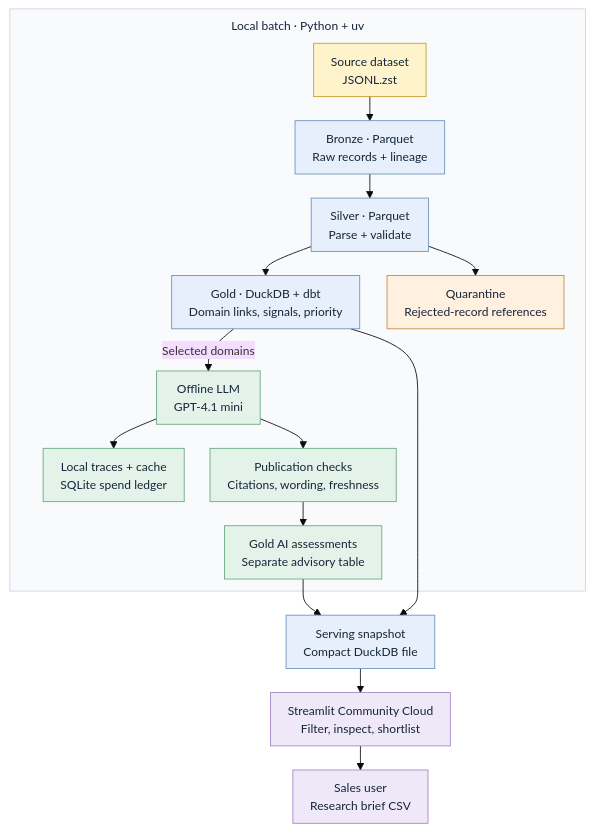
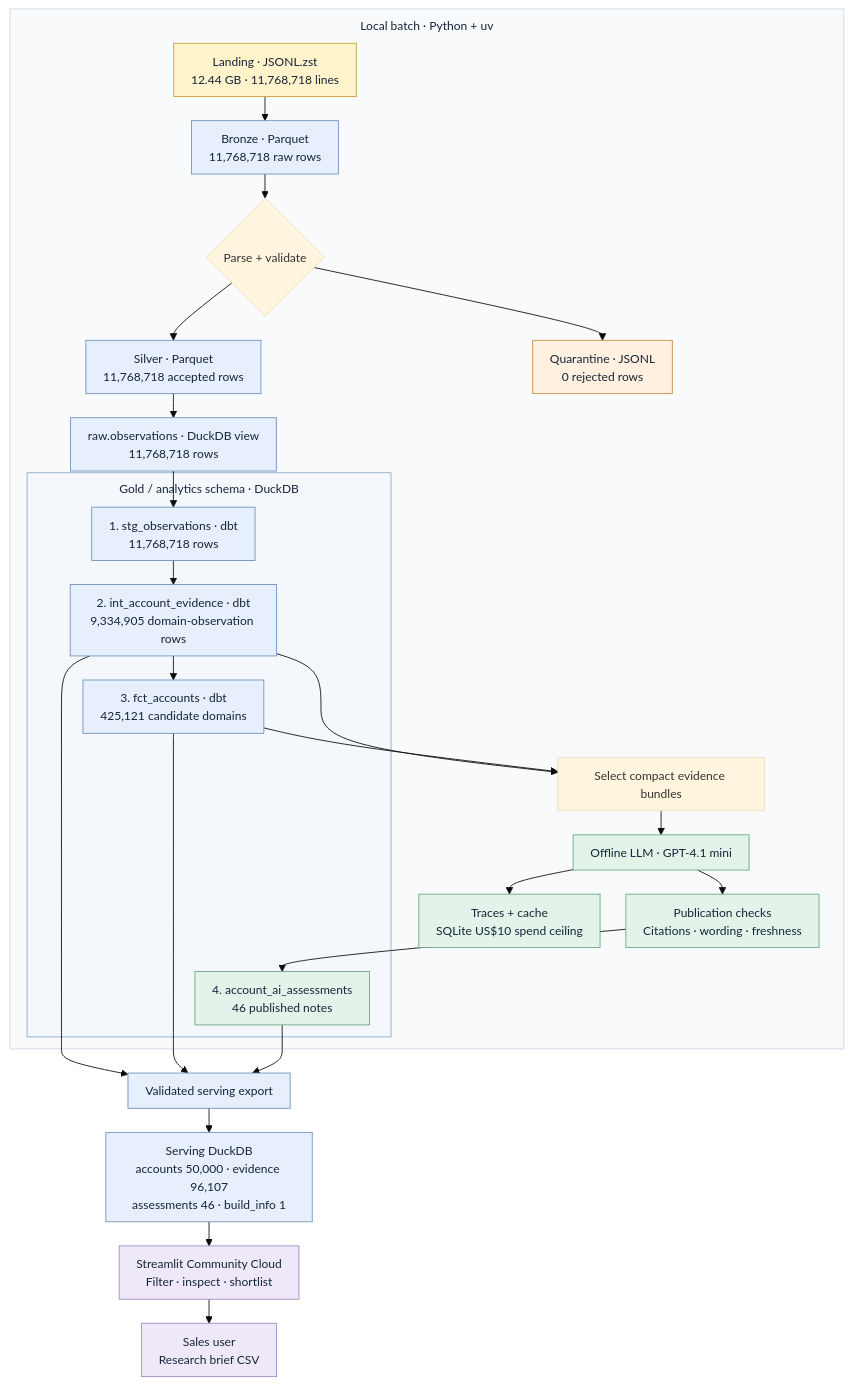
Before and after one commit to ronyabrah18/welook: the diagram in README.md, drawn with Mermaid. The commit also changed other lines of this file and 3 other files, not shown here.

Commit message:
Simplify architecture and project documentation

````diff
--- a/README.md
+++ b/README.md
@@ -19,30 +31,45 @@
 ```mermaid
 %%{init: {"theme":"base","themeVariables":{"fontSize":"14px","fontFamily":"Arial"},"flowchart":{"rankSpacing":28,"nodeSpacing":30,"padding":10,"subGraphTitleMargin":{"top":8,"bottom":18}}}}%%
 flowchart TB
     subgraph batch["Local batch · Python + uv"]
-        L["Source dataset<br/>JSONL.zst"] --> B["Bronze · Parquet<br/>Raw records + lineage"]
-        B --> S["Silver · Parquet<br/>Parse + validate"]
-        S --> G["Gold · DuckDB + dbt<br/>Domain links, signals, priority"]
-        S --> Q["Quarantine<br/>Rejected-record references"]
-        G -->|Selected domains| AI["Offline LLM<br/>GPT-4.1 mini"]
-        AI --> C["Local traces + cache<br/>SQLite spend ledger"]
-        AI --> P["Publication checks<br/>Citations, wording, freshness"]
-        P --> AG["Gold AI assessments<br/>Separate advisory table"]
+        L["Landing · JSONL.zst<br/>12.44 GB · 11,768,718 lines"] --> B["Bronze · Parquet<br/>11,768,718 raw rows"]
+        B --> V{"Parse + validate"}
+        V --> S["Silver · Parquet<br/>11,768,718 accepted rows"]
+        V --> Q["Quarantine · JSONL<br/>0 rejected rows"]
+        S --> R["raw.observations · DuckDB view<br/>11,768,718 rows"]
+
+        subgraph analytics["Gold / analytics schema · DuckDB"]
+            STG["1. stg_observations · dbt<br/>11,768,718 rows"] --> E["2. int_account_evidence · dbt<br/>9,334,905 domain-observation rows"]
+            E --> A["3. fct_accounts · dbt<br/>425,121 candidate domains"]
+            GA["4. account_ai_assessments<br/>46 published notes"]
+        end
+
+        R --> STG
+        E --> SEL["Select compact evidence bundles"]
+        A --> SEL
+        SEL --> AI["Offline LLM · GPT-4.1 mini"]
+        AI --> C["Traces + cache<br/>SQLite US$10 spend ceiling"]
+        AI --> P["Publication checks<br/>Citations · wording · freshness"]
+        P --> GA
     end
-    G --> D["Serving snapshot<br/>Compact DuckDB file"]
-    AG --> D
-    D --> UI["Streamlit Community Cloud<br/>Filter, inspect, shortlist"]
+
+    E --> X["Validated serving export"]
+    A --> X
+    GA --> X
+    X --> D["Serving DuckDB<br/>accounts 50,000 · evidence 96,107<br/>assessments 46 · build_info 1"]
+    D --> UI["Streamlit Community Cloud<br/>Filter · inspect · shortlist"]
     UI --> U["Sales user<br/>Research brief CSV"]
 
     style batch fill:#f8fafc,stroke:#cbd5e1,color:#16253a
+    style analytics fill:#f4f8fd,stroke:#8aa8c7,color:#16253a
     classDef source fill:#fff3cc,stroke:#c89c31,color:#16253a
     classDef data fill:#e6effb,stroke:#6c91bd,color:#16253a
     classDef ai fill:#e4f3e9,stroke:#68a780,color:#16253a
     classDef app fill:#eee8f9,stroke:#a087c4,color:#16253a
     classDef reject fill:#fff0df,stroke:#c68b42,color:#16253a
     class L source
-    class B,S,G,D data
-    class AI,P,AG,C ai
+    class B,S,R,STG,E,A,X,D data
+    class AI,P,GA,C ai
     class UI,U app
     class Q reject
 ```
````
